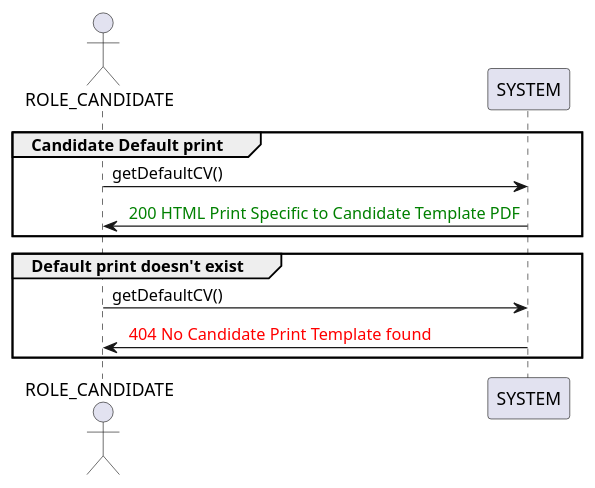
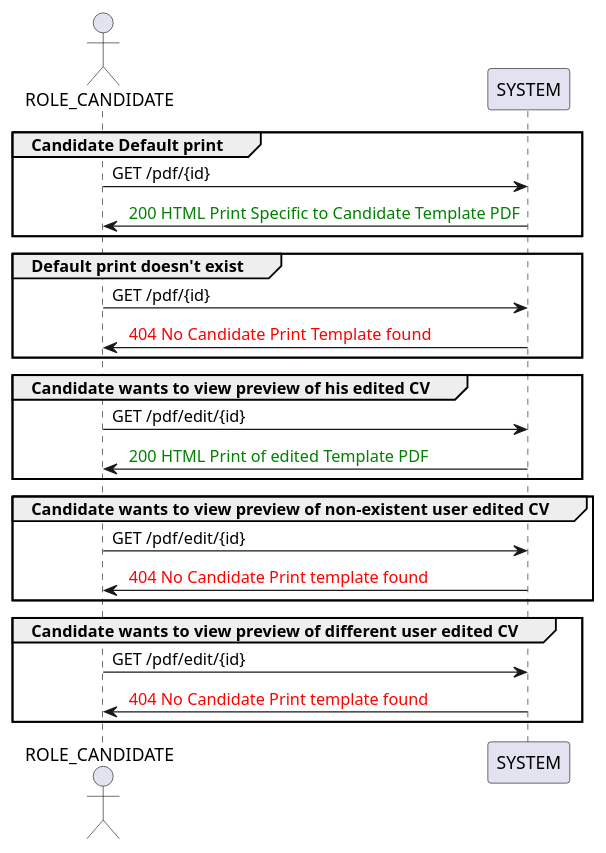
One commit to kane16/portfolio-server changed the second of 3 diagrams in KB/CV View/CV View.md. Above: the diagram before and after it, drawn with PlantUML. The commit also changed other lines of this file and 4 other files, not shown here.

````diff
--- a/KB/CV View/CV View.md
+++ b/KB/CV View/CV View.md
@@ -15,11 +21,24 @@
 ```plantuml
 actor ROLE_CANDIDATE as candidate
+participant SYSTEM as system
 group Candidate Default print
-candidate -> SYSTEM: getDefaultCV() 
-SYSTEM -> candidate: <font color=green> 200 HTML Print Specific to Candidate Template PDF
+candidate -> system: GET /pdf/{id} 
+system -> candidate: <font color=green> 200 HTML Print Specific to Candidate Template PDF
 end
 group Default print doesn't exist
-candidate -> SYSTEM: getDefaultCV() 
-SYSTEM -> candidate: <font color=red> 404 No Candidate Print Template found
+candidate -> system: GET /pdf/{id} 
+system -> candidate: <font color=red> 404 No Candidate Print Template found
+end
+group Candidate wants to view preview of his edited CV
+candidate -> system: GET /pdf/edit/{id}
+system -> candidate: <font color=green> 200 HTML Print of edited Template PDF
+end
+group Candidate wants to view preview of non-existent user edited CV
+candidate -> system: GET /pdf/edit/{id}
+system -> candidate: <font color=red> 404 No Candidate Print template found
+end
+group Candidate wants to view preview of different user edited CV
+candidate -> system: GET /pdf/edit/{id}
+system -> candidate: <font color=red> 404 No Candidate Print template found
 end
 ```
````
